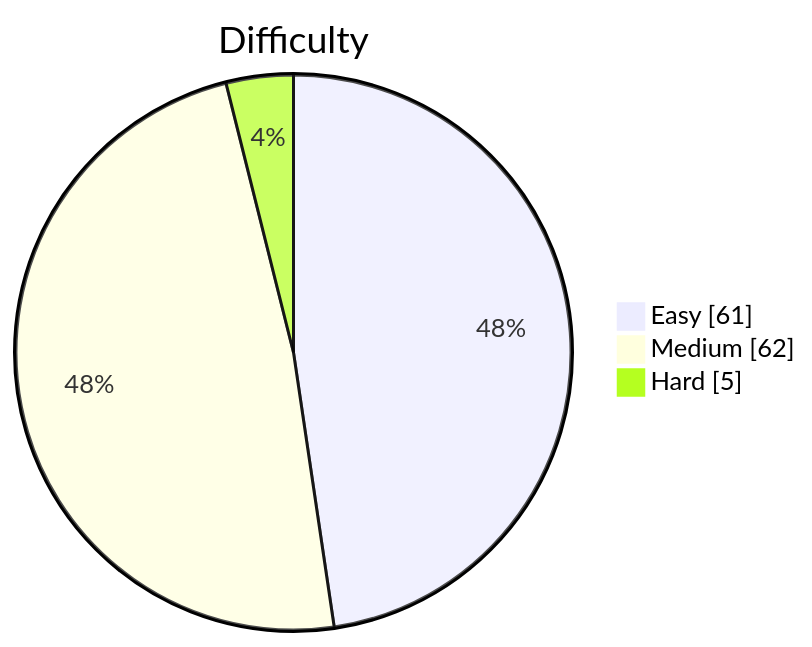
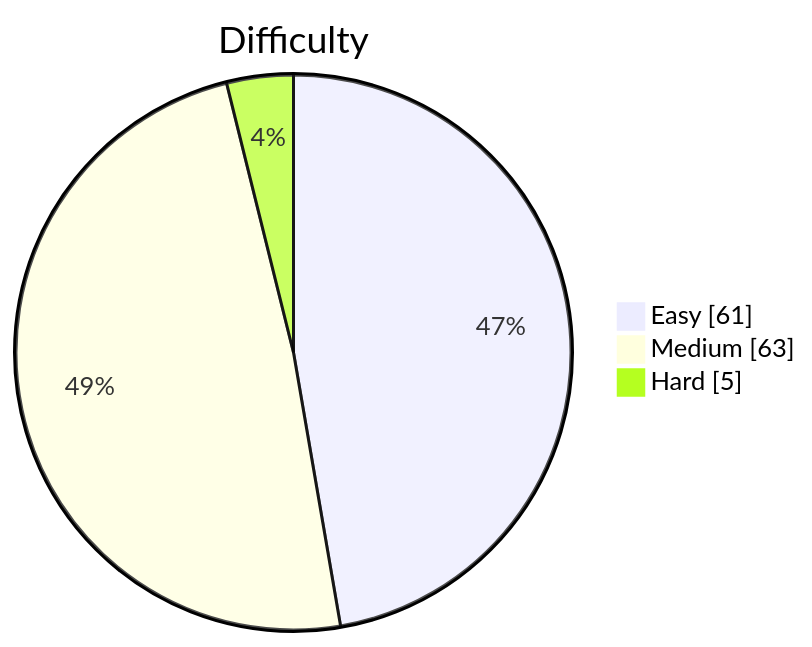
Before and after one commit to kevstevie/python-algo-practice: the diagram in README.md, drawn with Mermaid. The commit also changed other lines of this file, not shown here.

````diff
--- a/README.md
+++ b/README.md
@@ -13,7 +13,7 @@
 ```mermaid
 pie showData
     title Difficulty
     "Easy"   : 61
-    "Medium" : 62
+    "Medium" : 63
     "Hard"   : 5
 ```
````
